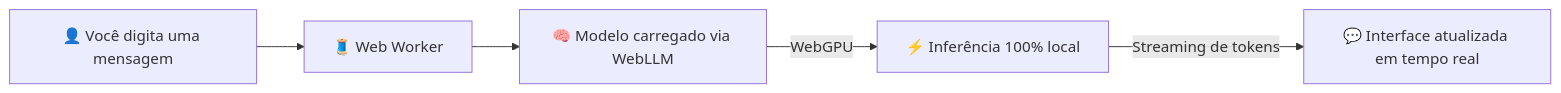
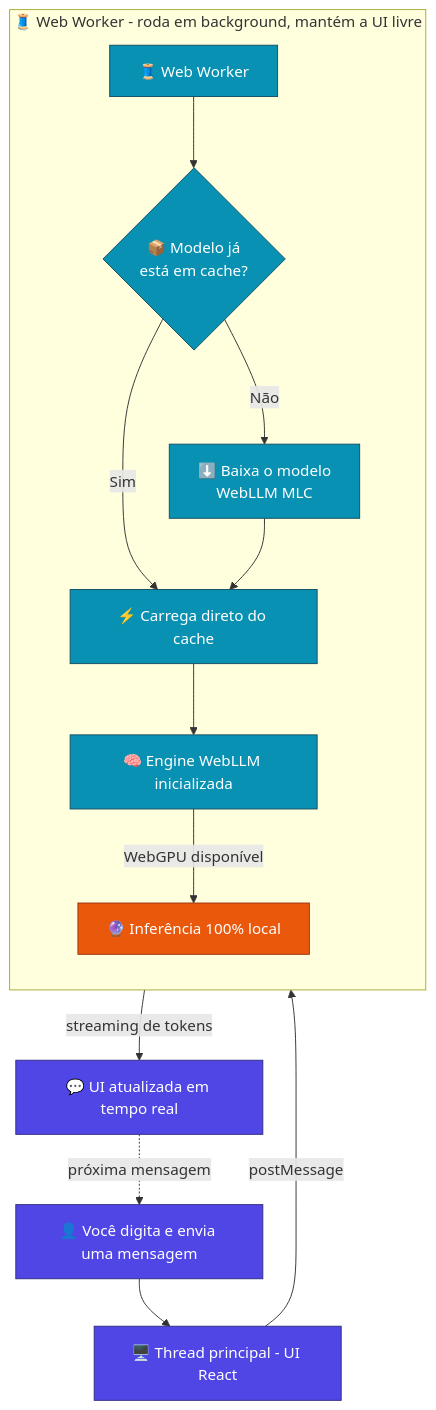
Before and after one commit to Victor-Gabriel-Barbosa/chatgpu: the diagram in README.md, drawn with Mermaid. The commit also changed other lines of this file, not shown here.

Commit message:
Revise 'Como funciona' section with new flowchart
Updated flowchart and project overview in README.md to reflect changes in architecture and model loading.

````diff
--- a/README.md
+++ b/README.md
@@ -134,7 +136,26 @@
 ```mermaid
-flowchart LR
-    A[👤 Você digita uma mensagem] --> B[🧵 Web Worker]
-    B --> C[🧠 Modelo carregado via WebLLM]
-    C -->|WebGPU| D[⚡ Inferência 100% local]
-    D -->|Streaming de tokens| E[💬 Interface atualizada em tempo real]
+flowchart TB
+    A[👤 Você digita e envia uma mensagem] --> B[🖥️ Thread principal - UI React]
+    B -->|postMessage| C[🧵 Web Worker]
+
+    subgraph WK[🧵 Web Worker - roda em background, mantém a UI livre]
+        direction TB
+        C --> D{📦 Modelo já<br/>está em cache?}
+        D -->|Não| E[⬇️ Baixa o modelo<br/>WebLLM MLC]
+        D -->|Sim| F[⚡ Carrega direto do cache]
+        E --> F
+        F --> G[🧠 Engine WebLLM inicializada]
+        G -->|WebGPU disponível| H[🔮 Inferência 100% local]
+    end
+
+    H -->|streaming de tokens| I[💬 UI atualizada em tempo real]
+    I -.->|próxima mensagem| A
+
+    classDef userStep fill:#4f46e5,stroke:#312e81,color:#fff,stroke-width:1px
+    classDef workerStep fill:#0891b2,stroke:#164e63,color:#fff,stroke-width:1px
+    classDef gpuStep fill:#ea580c,stroke:#9a3412,color:#fff,stroke-width:1px
+
+    class A,B,I userStep
+    class C,D,E,F,G workerStep
+    class H gpuStep
 ```
````
